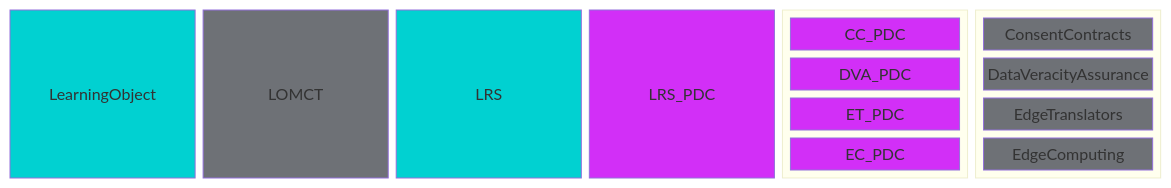
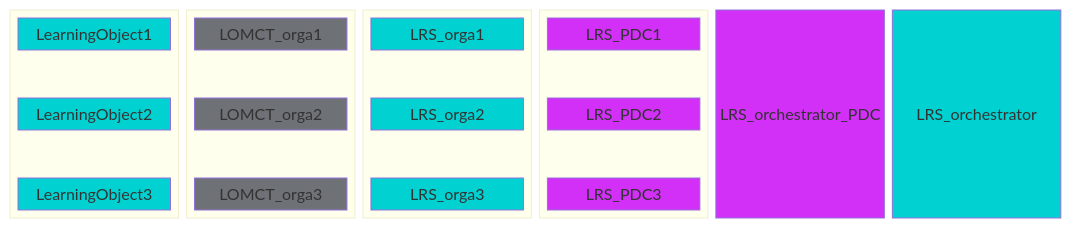
One commit to Prometheus-X-association/lomct changed the first of 4 diagrams in docs/design-document.md. Above: the diagram before and after it, drawn with Mermaid. The commit also changed other lines of this file, not shown here.

Commit message:
Issue 9 : D3.1 Check - Mapping to Data Space Reference Architecture Models
Issue 9 : D3.1 Check - Mapping to Data Space Reference Architecture Models

````diff
--- a/docs/design-document.md
+++ b/docs/design-document.md
@@ -179,33 +179,47 @@
 ```mermaid
 
 block-beta
 
 columns 6
-LearningObject:1 LOMCT:1 LRS:1 LRS_PDC:1
 
 block:group1
 columns 1
-CC_PDC DVA_PDC ET_PDC EC_PDC
+LearningObject1 space LearningObject2 space LearningObject3
 end
 
 block:group2
 columns 1
-ConsentContracts DataVeracityAssurance EdgeTranslators EdgeComputing
+LOMCT_orga1 space LOMCT_orga2 space LOMCT_orga3
 end
+
+block:group3
+columns 1
+LRS_orga1 space LRS_orga2 space LRS_orga3
+end
+
+block:group4
+columns 1
+LRS_PDC1 space LRS_PDC2 space LRS_PDC3
+end
+
+LRS_orchestrator_PDC:1 LRS_orchestrator:1
+
 
 classDef colorA fill:#D22FF7,color:#fff
 classDef colorEx fill:#01D1D1,color:#fff
 classDef colorED fill:#6E7176,color:#fff
-class LearningObject colorEx
-class LRS colorEx
-class LOMCT colorED
-class EdgeComputing colorED
-class ConsentContracts colorED
-class DataVeracityAssurance colorED
-class EdgeTranslators colorED
-class LRS_PDC colorA
-class EC_PDC colorA
-class CC_PDC colorA
-class ET_PDC colorA
-class DVA_PDC colorA
+class LearningObject1 colorEx
+class LearningObject2 colorEx
+class LearningObject3 colorEx
+class LRS_orga1 colorEx
+class LRS_orga2 colorEx
+class LRS_orga3 colorEx
+class LRS_orchestrator colorEx
+class LOMCT_orga1 colorED
+class LOMCT_orga2 colorED
+class LOMCT_orga3 colorED
+class LRS_PDC1 colorA
+class LRS_PDC2 colorA
+class LRS_PDC3 colorA
+class LRS_orchestrator_PDC colorA
 ```
````
